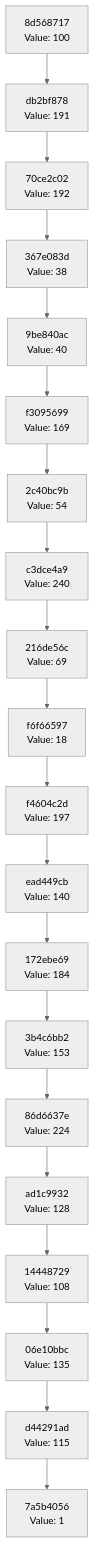
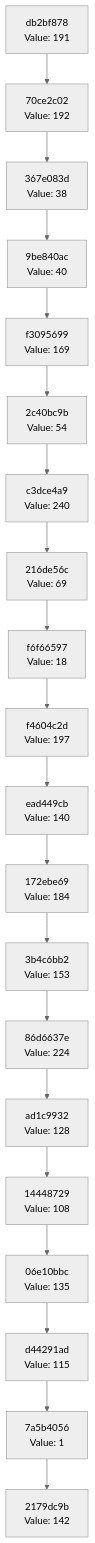
One commit to Abhisheksinha1506/hash-chain-evolver changed the diagram in docs/CHAIN_VISUALIZATION.md. Above: the diagram before and after it, drawn with Mermaid (neutral theme). The commit also changed 3 other files, not shown here.

````diff
--- a/docs/CHAIN_VISUALIZATION.md
+++ b/docs/CHAIN_VISUALIZATION.md
@@ -3,42 +3,42 @@
 ```mermaid
 graph TD
-    C0["7a5b4056<br/>Value: 1"]
-    C1["d44291ad<br/>Value: 115"]
+    C0["2179dc9b<br/>Value: 142"]
+    C1["7a5b4056<br/>Value: 1"]
     C1 --> C0
-    C2["06e10bbc<br/>Value: 135"]
+    C2["d44291ad<br/>Value: 115"]
     C2 --> C1
-    C3["14448729<br/>Value: 108"]
+    C3["06e10bbc<br/>Value: 135"]
     C3 --> C2
-    C4["ad1c9932<br/>Value: 128"]
+    C4["14448729<br/>Value: 108"]
     C4 --> C3
-    C5["86d6637e<br/>Value: 224"]
+    C5["ad1c9932<br/>Value: 128"]
     C5 --> C4
-    C6["3b4c6bb2<br/>Value: 153"]
+    C6["86d6637e<br/>Value: 224"]
     C6 --> C5
-    C7["172ebe69<br/>Value: 184"]
+    C7["3b4c6bb2<br/>Value: 153"]
     C7 --> C6
-    C8["ead449cb<br/>Value: 140"]
+    C8["172ebe69<br/>Value: 184"]
     C8 --> C7
-    C9["f4604c2d<br/>Value: 197"]
+    C9["ead449cb<br/>Value: 140"]
     C9 --> C8
-    C10["f6f66597<br/>Value: 18"]
+    C10["f4604c2d<br/>Value: 197"]
     C10 --> C9
-    C11["216de56c<br/>Value: 69"]
+    C11["f6f66597<br/>Value: 18"]
     C11 --> C10
-    C12["c3dce4a9<br/>Value: 240"]
+    C12["216de56c<br/>Value: 69"]
     C12 --> C11
-    C13["2c40bc9b<br/>Value: 54"]
+    C13["c3dce4a9<br/>Value: 240"]
     C13 --> C12
-    C14["f3095699<br/>Value: 169"]
+    C14["2c40bc9b<br/>Value: 54"]
     C14 --> C13
-    C15["9be840ac<br/>Value: 40"]
+    C15["f3095699<br/>Value: 169"]
     C15 --> C14
-    C16["367e083d<br/>Value: 38"]
+    C16["9be840ac<br/>Value: 40"]
     C16 --> C15
-    C17["70ce2c02<br/>Value: 192"]
+    C17["367e083d<br/>Value: 38"]
     C17 --> C16
-    C18["db2bf878<br/>Value: 191"]
+    C18["70ce2c02<br/>Value: 192"]
     C18 --> C17
-    C19["8d568717<br/>Value: 100"]
+    C19["db2bf878<br/>Value: 191"]
     C19 --> C18
 ```
````
